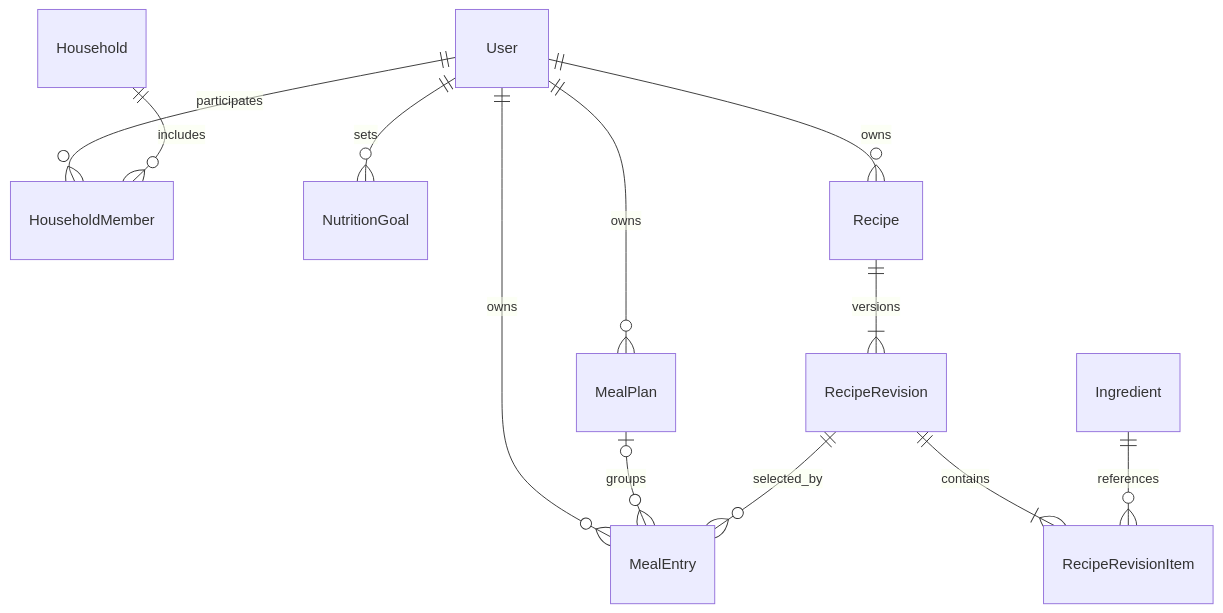
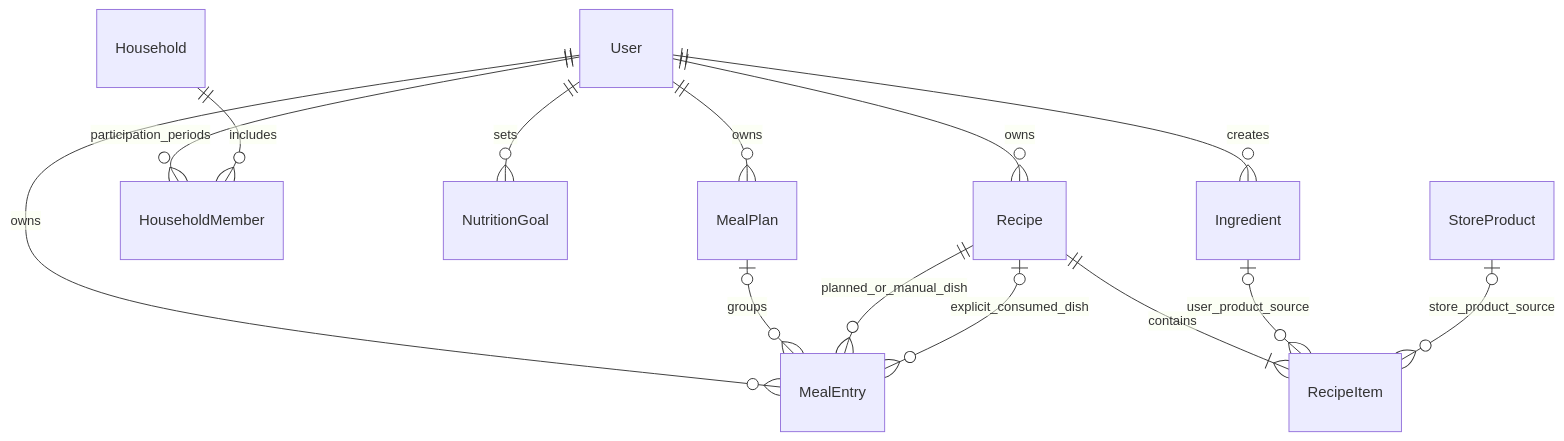
One commit to Misha222002/foodTrackder changed the diagram in backend/README.md. Above: the diagram before and after it, drawn with Mermaid. The commit also changed other lines of this file and 2 other files, not shown here.

````diff
--- a/backend/README.md
+++ b/backend/README.md
@@ -174,14 +183,16 @@
 ```mermaid
 erDiagram
     User ||--o{ MealPlan : owns
     User ||--o{ MealEntry : owns
     MealPlan o|--o{ MealEntry : groups
-    User ||--o{ HouseholdMember : participates
+    User ||--o{ HouseholdMember : participation_periods
     Household ||--o{ HouseholdMember : includes
     User ||--o{ NutritionGoal : sets
+    User ||--o{ Ingredient : creates
     User ||--o{ Recipe : owns
-    Recipe ||--|{ RecipeRevision : versions
-    RecipeRevision ||--|{ RecipeRevisionItem : contains
-    Ingredient ||--o{ RecipeRevisionItem : references
-    RecipeRevision ||--o{ MealEntry : selected_by
+    Recipe ||--|{ RecipeItem : contains
+    Ingredient o|--o{ RecipeItem : user_product_source
+    StoreProduct o|--o{ RecipeItem : store_product_source
+    Recipe ||--o{ MealEntry : planned_or_manual_dish
+    Recipe o|--o{ MealEntry : explicit_consumed_dish
 ```
````
